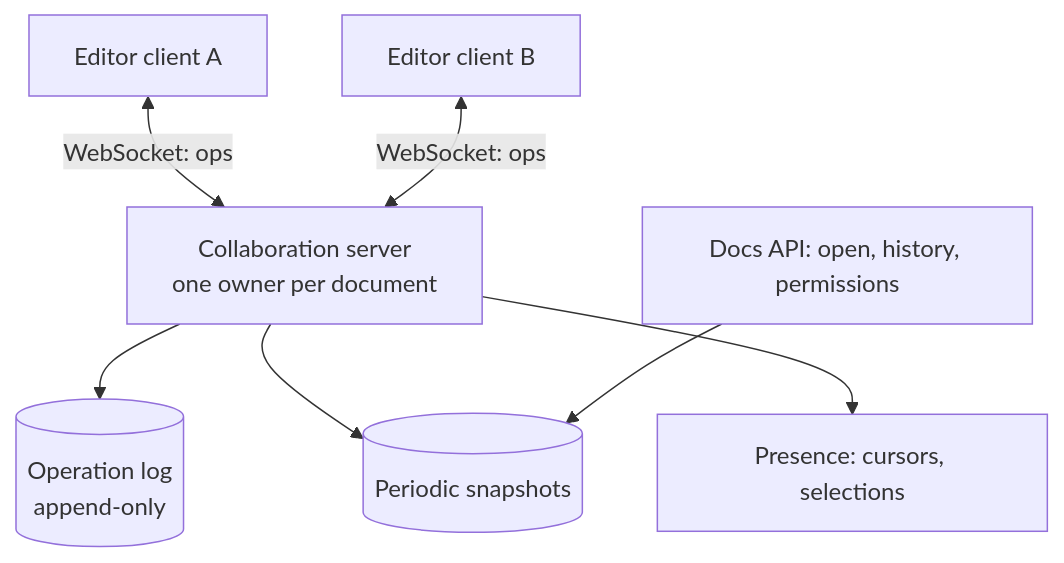
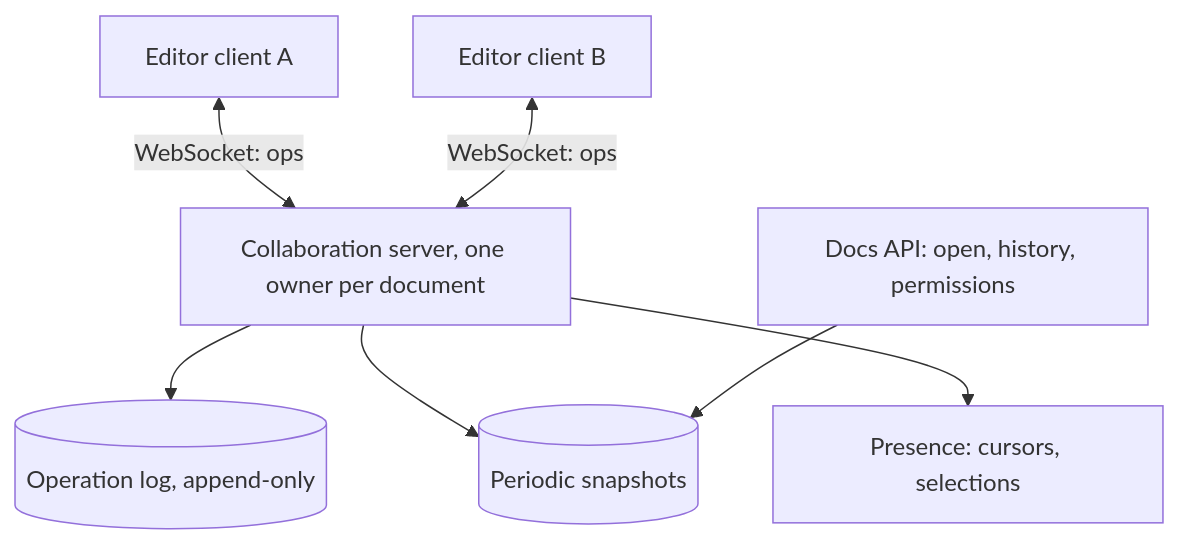
Before and after one commit to AkshayAshokCode/System-Design-Interview-Questions-and-Answers: the tenth of 22 diagrams in topics/17-designs-social-media.md, drawn with Mermaid. The commit also changed other lines of this file and 4 other files, not shown here.

````diff
--- a/topics/17-designs-social-media.md
+++ b/topics/17-designs-social-media.md
@@ -270,9 +613,9 @@
 ```mermaid
 flowchart TD
-    C1["Editor client A"] <-->|"WebSocket: ops"| CS["Collaboration server<br/>one owner per document"]
+    C1["Editor client A"] <-->|"WebSocket: ops"| CS["Collaboration server, one owner per document"]
     C2["Editor client B"] <-->|"WebSocket: ops"| CS
-    CS --> OL[("Operation log<br/>append-only")]
+    CS --> OL[("Operation log, append-only")]
     CS --> SNAP[("Periodic snapshots")]
     CS --> PRES["Presence: cursors, selections"]
     API["Docs API: open, history, permissions"] --> SNAP
 ```
````
